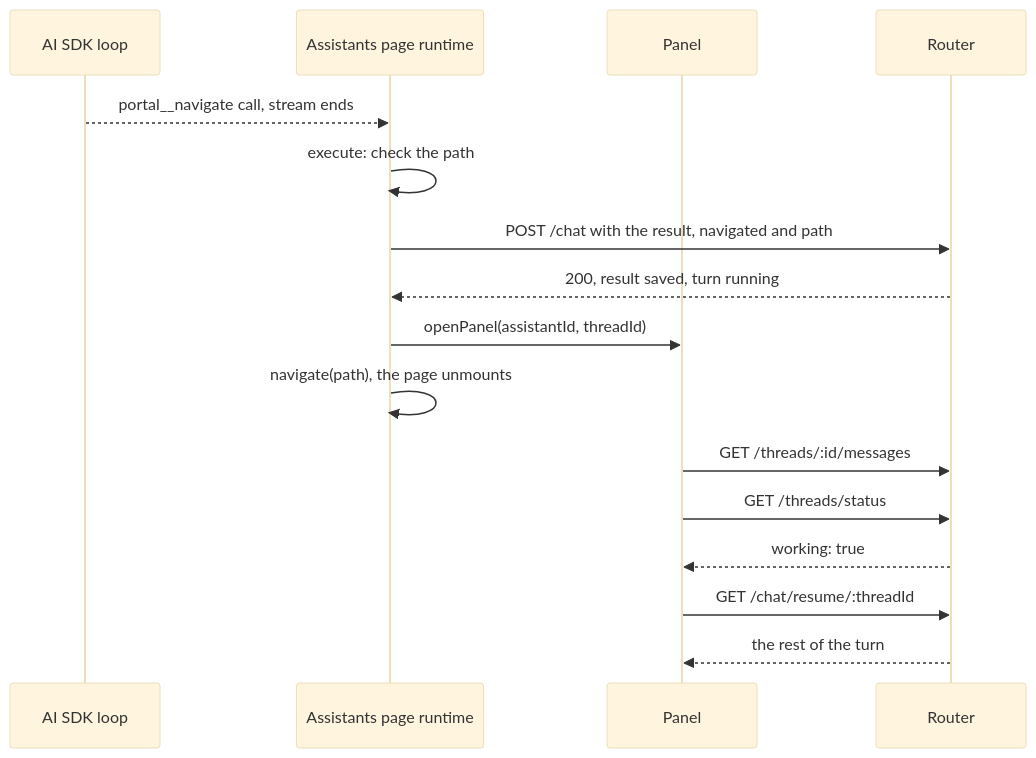
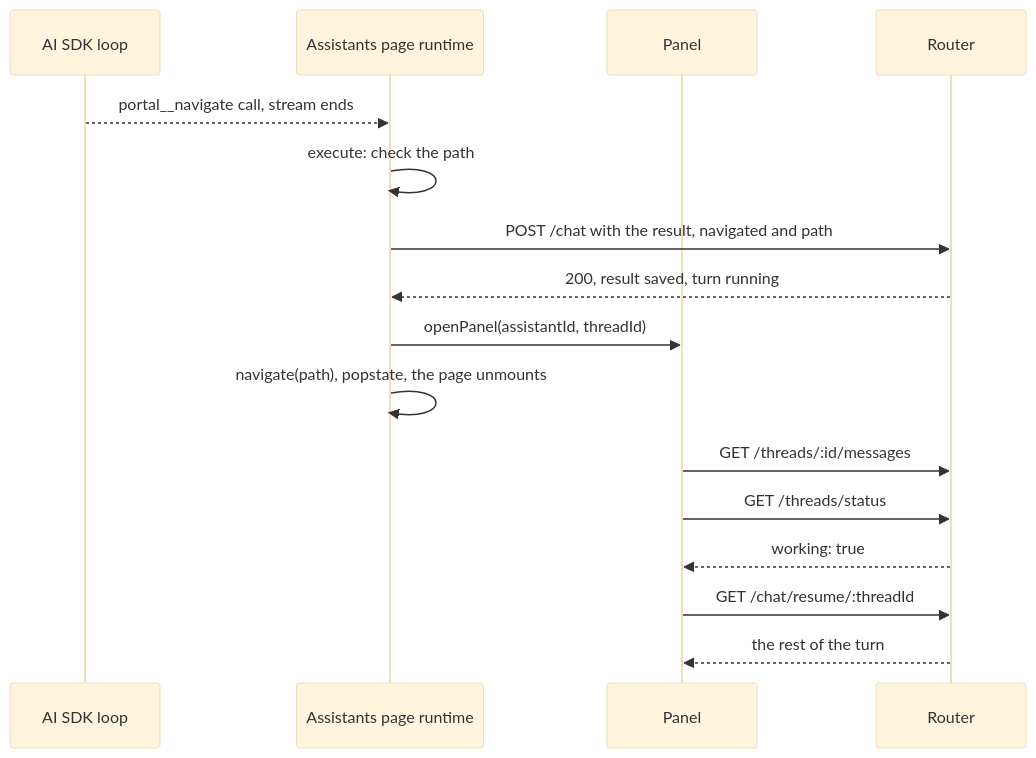
Before and after one commit to drewswiredin/backstage-assistants: the sixth of 10 diagrams in docs/architecture.md, drawn with Mermaid (base theme). The commit also changed other lines of this file and 5 other files, not shown here.

First line of the commit message:
fix(portal__navigate): fire popstate after the router moves

````diff
--- a/docs/architecture.md
+++ b/docs/architecture.md
@@ -271,18 +271,18 @@
 ```mermaid
 sequenceDiagram
   participant L as AI SDK loop
   participant P as Assistants page runtime
   participant N as Panel
   participant R as Router
   L-->>P: portal__navigate call, stream ends
   P->>P: execute: check the path
   P->>R: POST /chat with the result, navigated and path
   R-->>P: 200, result saved, turn running
   P->>N: openPanel(assistantId, threadId)
-  P->>P: navigate(path), the page unmounts
+  P->>P: navigate(path), popstate, the page unmounts
   N->>R: GET /threads/:id/messages
   N->>R: GET /threads/status
   R-->>N: working: true
   N->>R: GET /chat/resume/:threadId
   R-->>N: the rest of the turn
 ```
````
